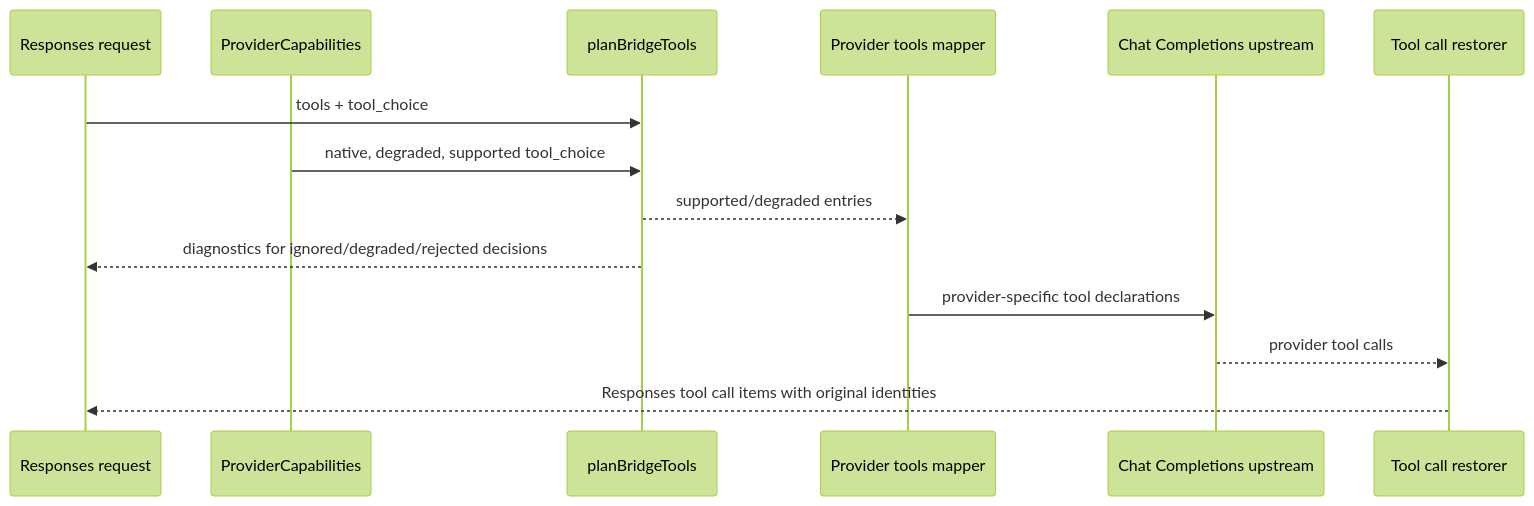
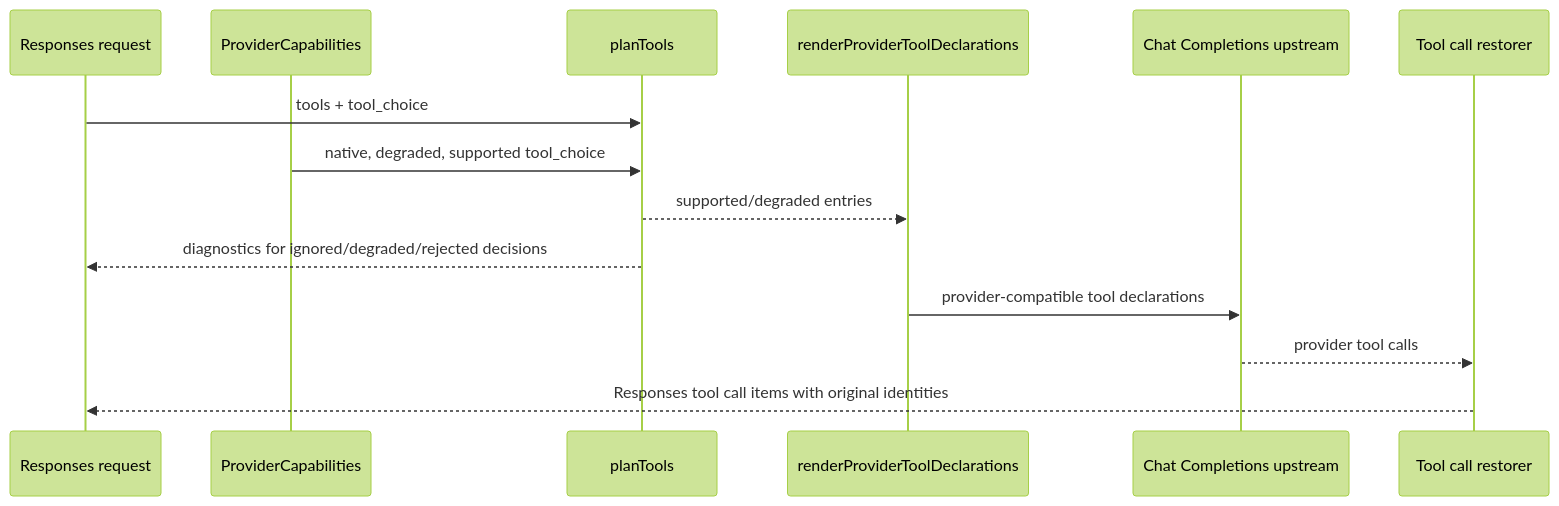
Before and after one commit to Ahoo-Wang/GodeX: the second of 3 diagrams in docs/architecture/responses-bridge-kernel.md, drawn with Mermaid (forest theme). The commit also changed other lines of this file and 50 other files, not shown here.

````diff
--- a/docs/architecture/responses-bridge-kernel.md
+++ b/docs/architecture/responses-bridge-kernel.md
@@ -47,17 +47,17 @@
 ```mermaid
 sequenceDiagram
   participant Req as Responses request
   participant Caps as ProviderCapabilities
-  participant Planner as planBridgeTools
-  participant Mapper as Provider tools mapper
+  participant Planner as planTools
+  participant Renderer as renderProviderToolDeclarations
   participant Upstream as Chat Completions upstream
   participant Restorer as Tool call restorer
 
   Req->>Planner: tools + tool_choice
   Caps->>Planner: native, degraded, supported tool_choice
-  Planner-->>Mapper: supported/degraded entries
+  Planner-->>Renderer: supported/degraded entries
   Planner-->>Req: diagnostics for ignored/degraded/rejected decisions
-  Mapper->>Upstream: provider-specific tool declarations
+  Renderer->>Upstream: provider-compatible tool declarations
   Upstream-->>Restorer: provider tool calls
   Restorer-->>Req: Responses tool call items with original identities
 ```
````
